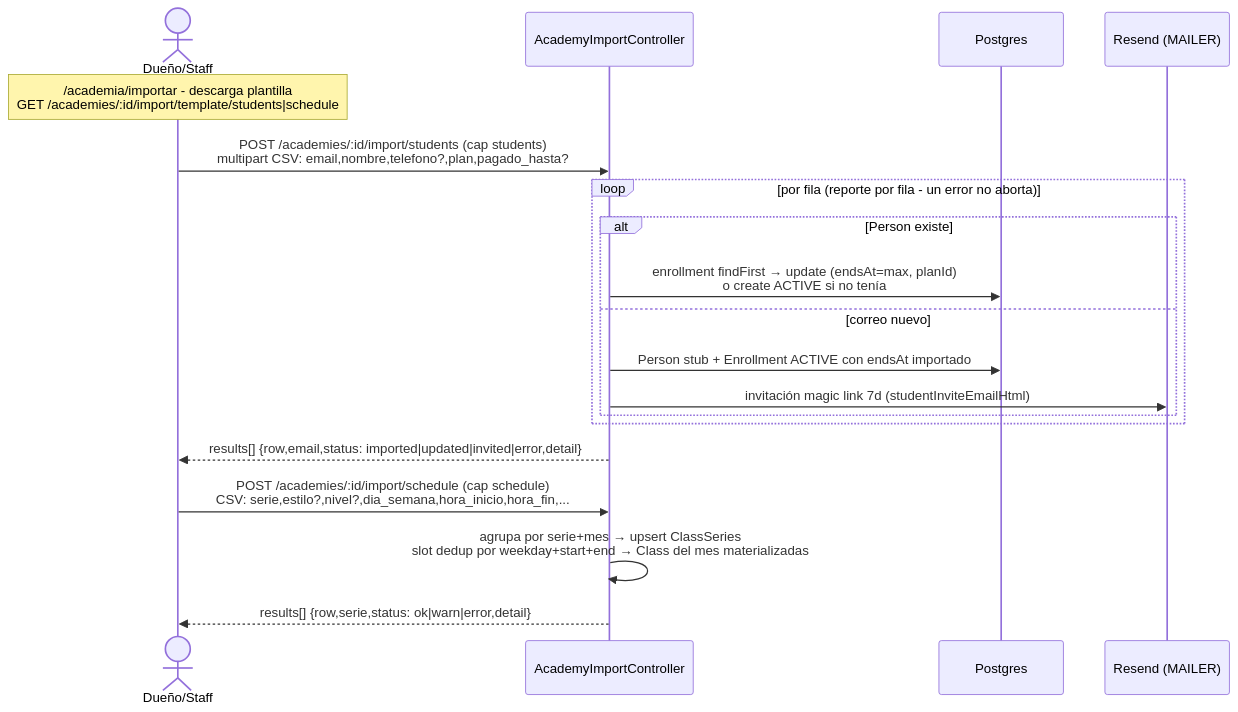
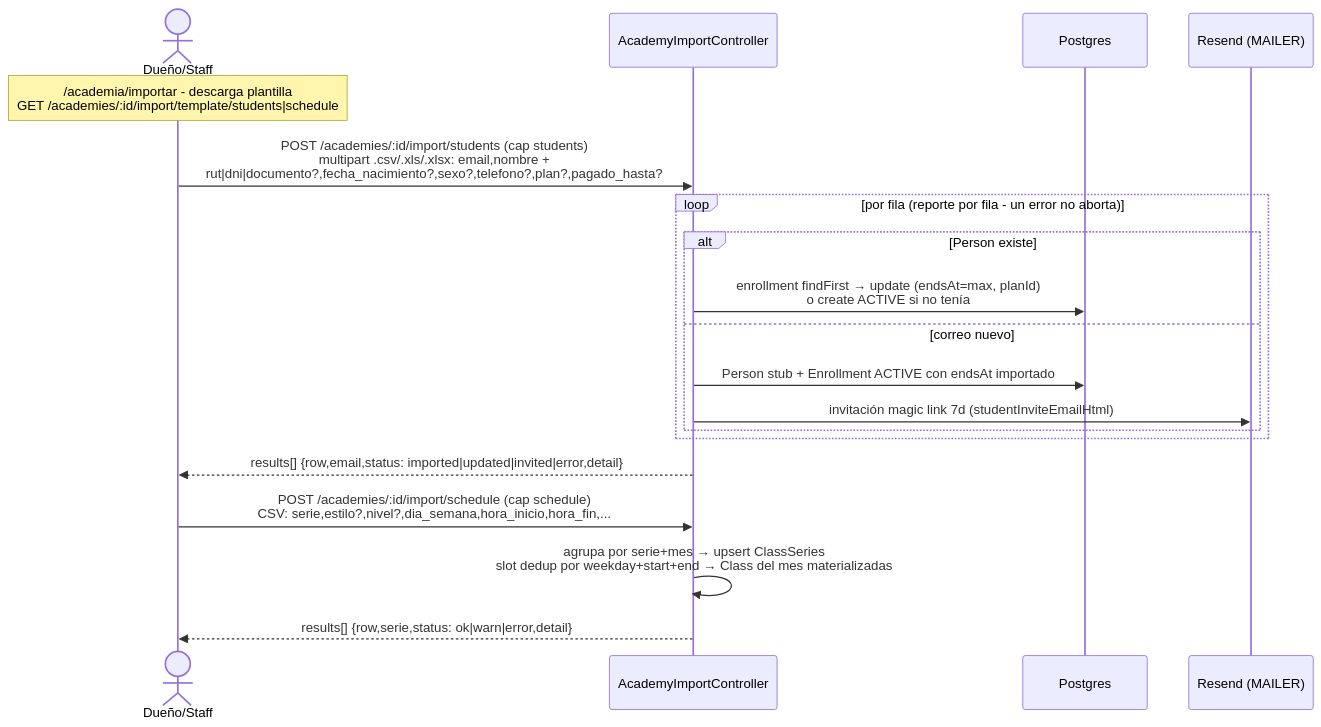
Before and after one commit to EduardoSalasG/omnidance: diagram 27 of 42 in docs/flows.md, drawn with Mermaid. The commit also changed other lines of this file and 7 other files, not shown here.

````diff
--- a/docs/flows.md
+++ b/docs/flows.md
@@ -588,23 +588,23 @@
 ```mermaid
 sequenceDiagram
     actor Ow as Dueño/Staff
     participant API as AcademyImportController
     participant DB as Postgres
     participant MAIL as Resend (MAILER)
 
     Note over Ow: /academia/importar - descarga plantilla<br/>GET /academies/:id/import/template/students|schedule
-    Ow->>API: POST /academies/:id/import/students (cap students)<br/>multipart CSV: email,nombre,telefono?,plan,pagado_hasta?
+    Ow->>API: POST /academies/:id/import/students (cap students)<br/>multipart .csv/.xls/.xlsx: email,nombre +<br/>rut|dni|documento?,fecha_nacimiento?,sexo?,telefono?,plan?,pagado_hasta?
     loop por fila (reporte por fila - un error no aborta)
         alt Person existe
             API->>DB: enrollment findFirst → update (endsAt=max, planId)<br/>o create ACTIVE si no tenía
         else correo nuevo
             API->>DB: Person stub + Enrollment ACTIVE con endsAt importado
             API->>MAIL: invitación magic link 7d (studentInviteEmailHtml)
         end
     end
     API-->>Ow: results[] {row,email,status: imported|updated|invited|error,detail}
 
     Ow->>API: POST /academies/:id/import/schedule (cap schedule)<br/>CSV: serie,estilo?,nivel?,dia_semana,hora_inicio,hora_fin,...
     API->>API: agrupa por serie+mes → upsert ClassSeries<br/>slot dedup por weekday+start+end → Class del mes materializadas
     API-->>Ow: results[] {row,serie,status: ok|warn|error,detail}
 ```
````
